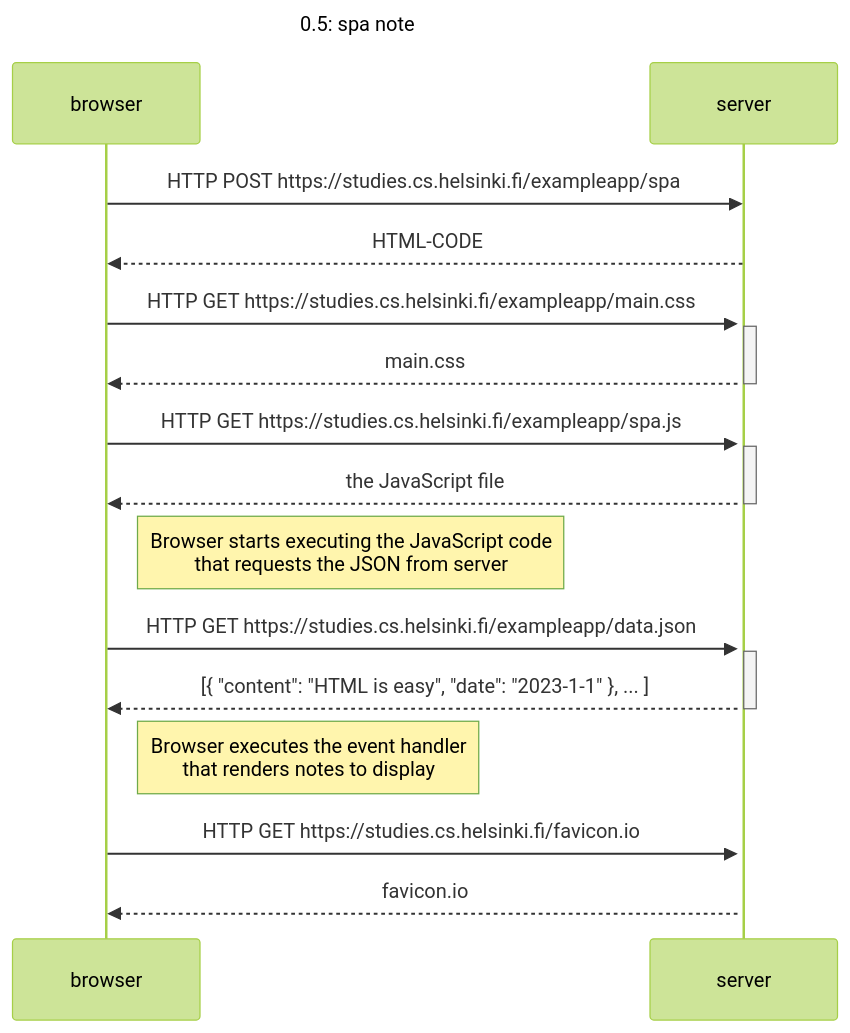
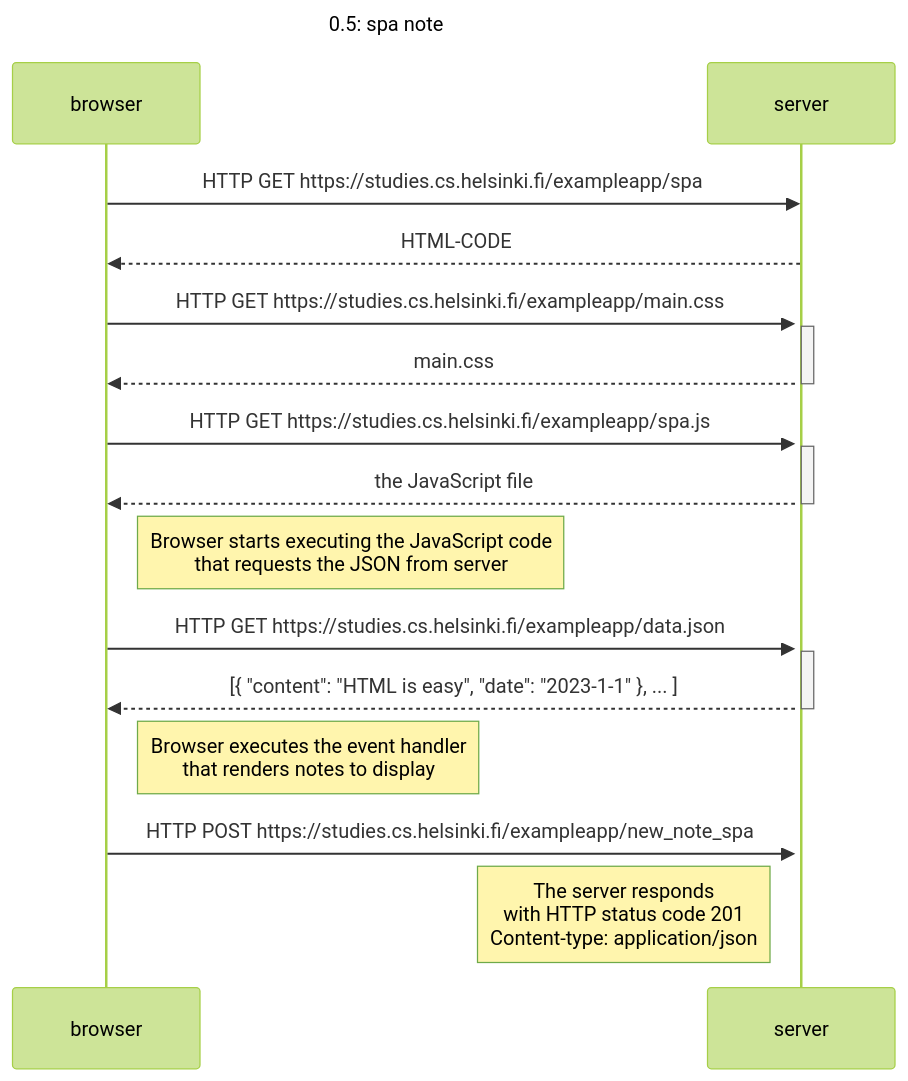
One commit to Leagian/Full-Stack-Open-Exercises changed the diagram in part0/0.5.md. Above: the diagram before and after it, drawn with Mermaid (forest theme). The commit also changed 1 other file, not shown here.

Commit message:
Updated part 0 and 1

````diff
--- a/part0/0.5.md
+++ b/part0/0.5.md
@@ -3,31 +3,30 @@
 ```mermaid
 sequenceDiagram
     Title: 0.5: spa note
 
-    browser->>server: HTTP POST https://studies.cs.helsinki.fi/exampleapp/spa
+    browser->>server: HTTP GET https://studies.cs.helsinki.fi/exampleapp/spa
 
     server-->>browser: HTML-CODE
     activate server
     browser->>server: HTTP GET https://studies.cs.helsinki.fi/exampleapp/main.css
     activate server
     server-->>browser: main.css
     deactivate server
 
     browser->>server: HTTP GET https://studies.cs.helsinki.fi/exampleapp/spa.js
     activate server
     server-->>browser: the JavaScript file
     deactivate server
 
     Note right of browser: Browser starts executing the JavaScript code <br> that requests the JSON from server
 
     browser->>server: HTTP GET https://studies.cs.helsinki.fi/exampleapp/data.json
     activate server
     server-->>browser: [{ "content": "HTML is easy", "date": "2023-1-1" }, ... ]
     deactivate server
 
     Note right of browser: Browser executes the event handler <br> that renders notes to display
 
-    browser->>server: HTTP GET https://studies.cs.helsinki.fi/favicon.io
-    activate server
-    server-->>browser: favicon.io
+    browser->>server: HTTP POST https://studies.cs.helsinki.fi/exampleapp/new_note_spa
+   Note left of server: The server responds <br> with HTTP status code 201 <br> Content-type: application/json
 ```
````
